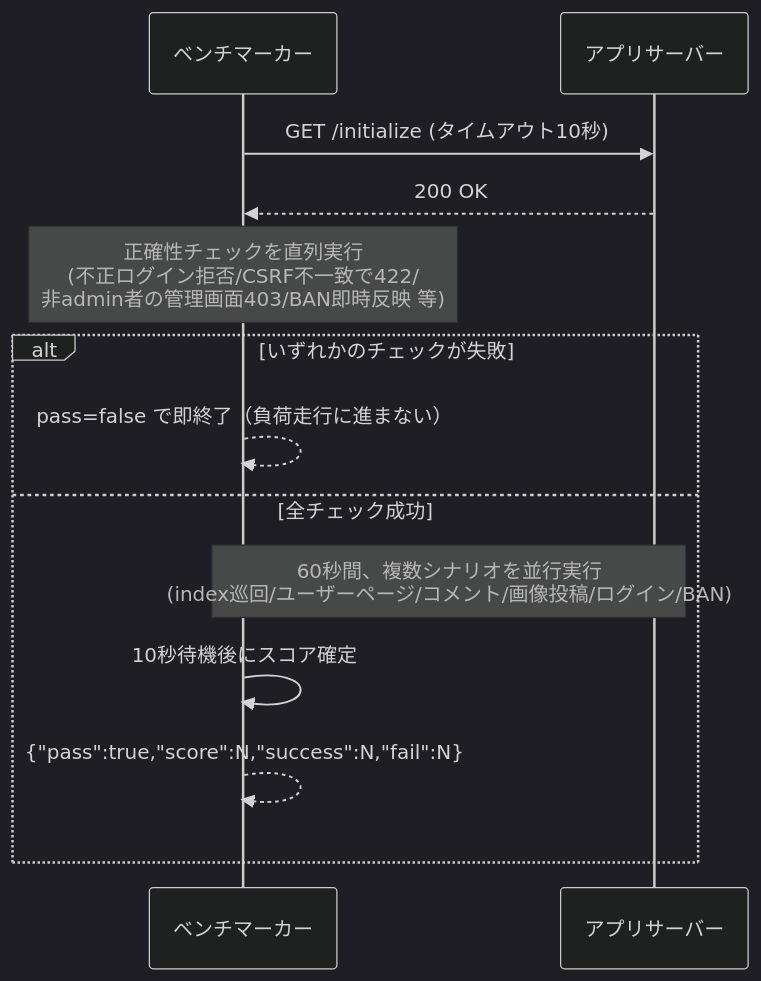
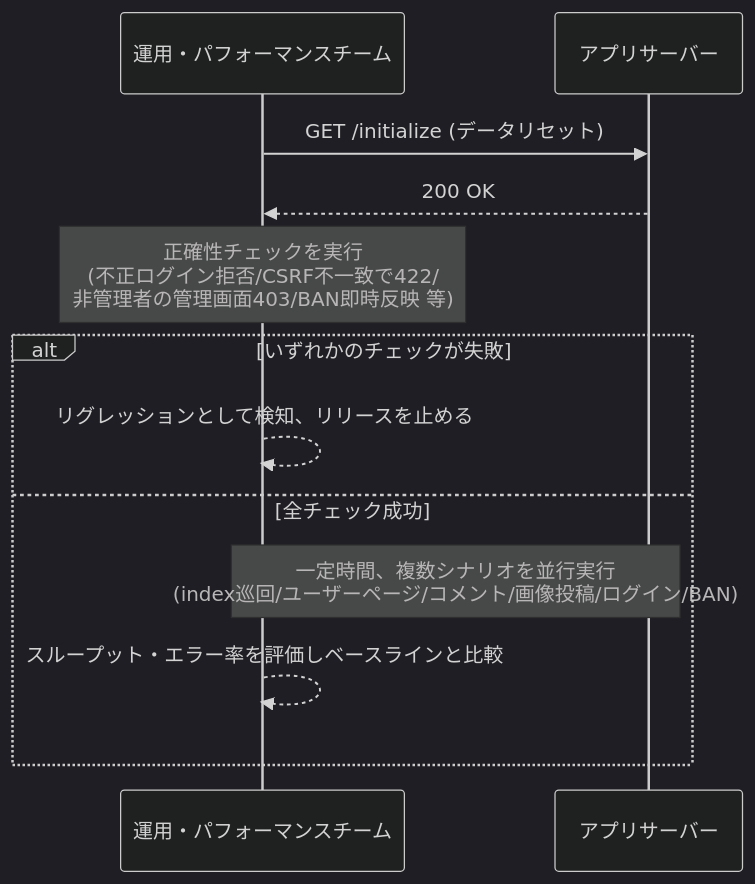
The fifth of 7 diagrams in docs/arc42.md (sho-work/private-isu), drawn with Mermaid (dark theme) before and after one commit. The commit also changed other lines of this file, not shown here.

````diff
--- a/docs/arc42.md
+++ b/docs/arc42.md
@@ -269,16 +263,15 @@
 ```mermaid
 sequenceDiagram
-    participant Bench as ベンチマーカー
+    participant Ops as 運用・パフォーマンスチーム
     participant App as アプリサーバー
 
-    Bench->>App: GET /initialize (タイムアウト10秒)
-    App-->>Bench: 200 OK
-    Note over Bench: 正確性チェックを直列実行<br/>(不正ログイン拒否/CSRF不一致で422/<br/>非admin者の管理画面403/BAN即時反映 等)
+    Ops->>App: GET /initialize (データリセット)
+    App-->>Ops: 200 OK
+    Note over Ops: 正確性チェックを実行<br/>(不正ログイン拒否/CSRF不一致で422/<br/>非管理者の管理画面403/BAN即時反映 等)
     alt いずれかのチェックが失敗
-        Bench-->>Bench: pass=false で即終了（負荷走行に進まない）
+        Ops-->>Ops: リグレッションとして検知、リリースを止める
     else 全チェック成功
-        Note over Bench,App: 60秒間、複数シナリオを並行実行<br/>(index巡回/ユーザーページ/コメント/画像投稿/ログイン/BAN)
-        Bench->>Bench: 10秒待機後にスコア確定
-        Bench-->>Bench: {"pass":true,"score":N,"success":N,"fail":N}
+        Note over Ops,App: 一定時間、複数シナリオを並行実行<br/>(index巡回/ユーザーページ/コメント/画像投稿/ログイン/BAN)
+        Ops-->>Ops: スループット・エラー率を評価しベースラインと比較
     end
 ```
````
